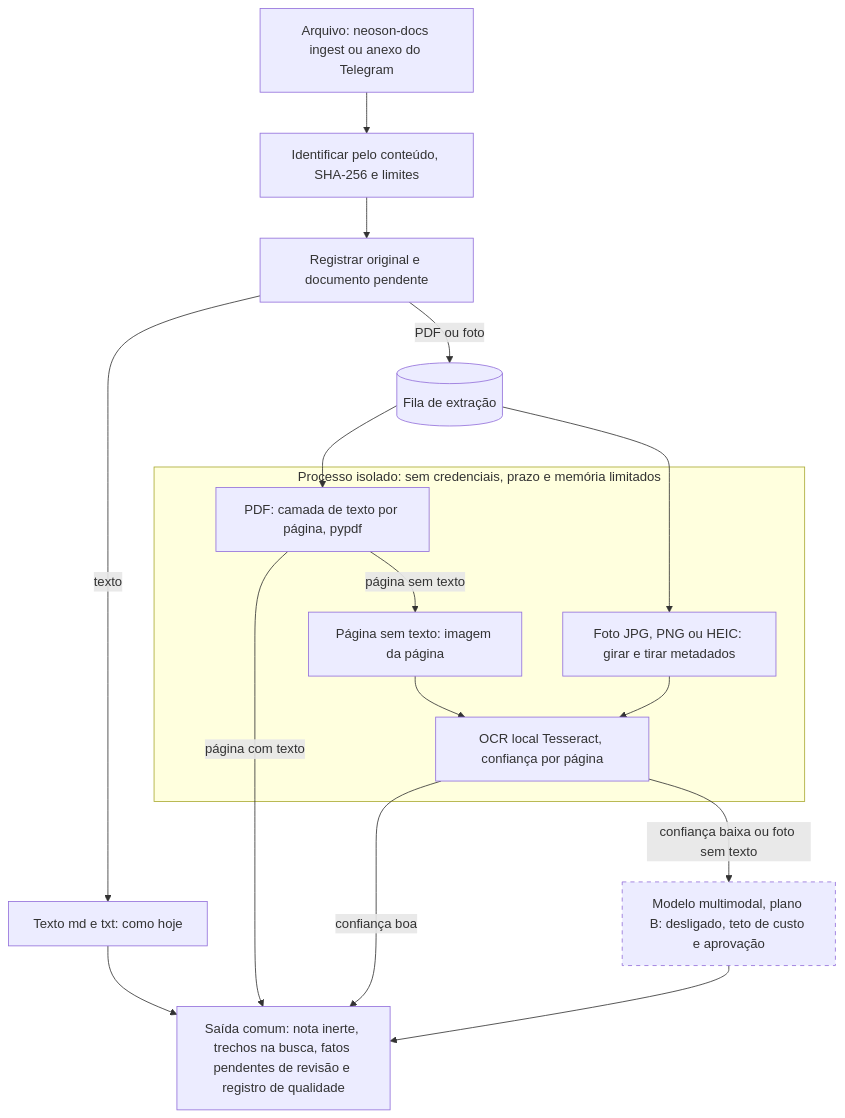
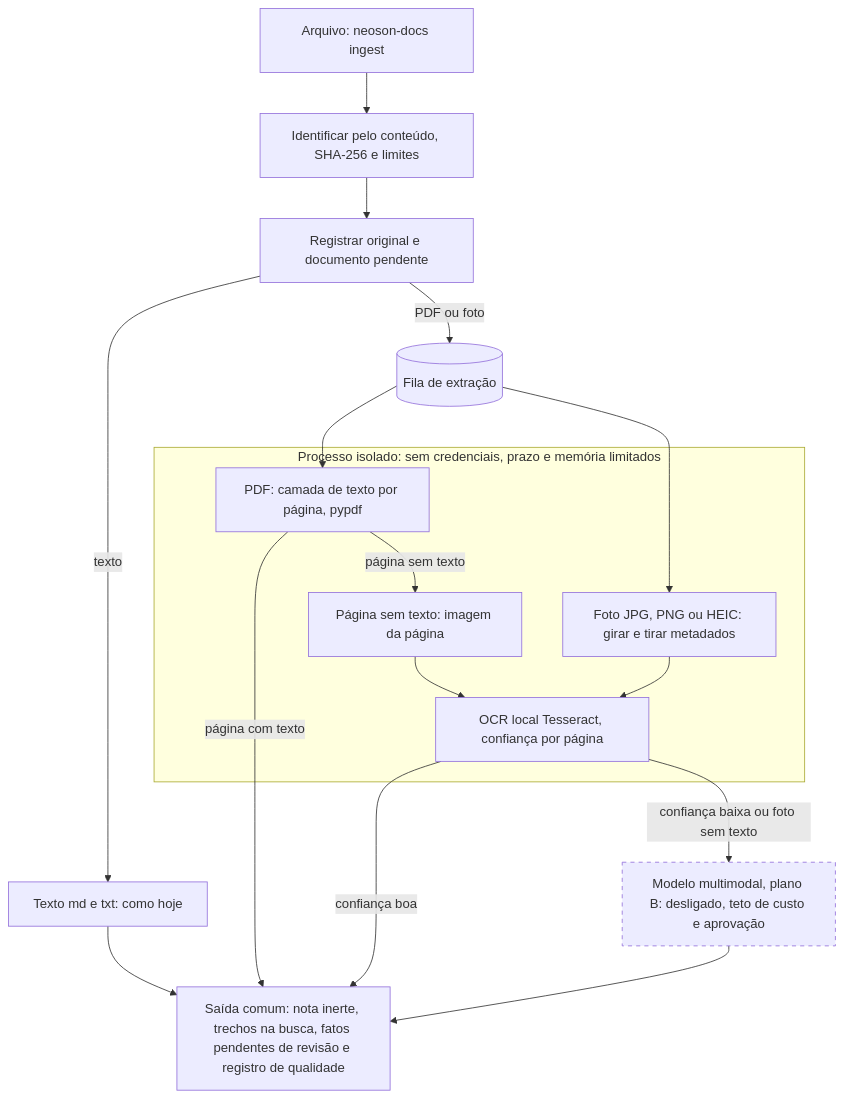
Before and after one commit to mhnasser/neoson: the diagram in docs/architecture/NeoSon_Diagramas_Mermaid_v1.0/D19.mmd, drawn with Mermaid. The commit also changed 32 other files, not shown here.

```diff
--- a/docs/architecture/NeoSon_Diagramas_Mermaid_v1.0/D19.mmd
+++ b/docs/architecture/NeoSon_Diagramas_Mermaid_v1.0/D19.mmd
@@ -1,29 +1,29 @@
 flowchart TD
-    IN[Arquivo: neoson-docs ingest ou anexo do Telegram]
+    IN[Arquivo: neoson-docs ingest]
     ID[Identificar pelo conteúdo, SHA-256 e limites]
     REG[Registrar original e documento pendente]
     TXT[Texto md e txt: como hoje]
     Q[(Fila de extração)]
     PDF[PDF: camada de texto por página, pypdf]
     SCAN[Página sem texto: imagem da página]
     FOTO[Foto JPG, PNG ou HEIC: girar e tirar metadados]
     OCR[OCR local Tesseract, confiança por página]
     MM[Modelo multimodal, plano B: desligado, teto de custo e aprovação]
     OUT[Saída comum: nota inerte, trechos na busca, fatos pendentes de revisão e registro de qualidade]
     IN --> ID --> REG
     REG -->|texto| TXT --> OUT
     REG -->|PDF ou foto| Q
     Q --> PDF
     Q --> FOTO
     PDF -->|página com texto| OUT
     PDF -->|página sem texto| SCAN --> OCR
     FOTO --> OCR
     OCR -->|confiança boa| OUT
     OCR -->|confiança baixa ou foto sem texto| MM --> OUT
     subgraph ISO[Processo isolado: sem credenciais, prazo e memória limitados]
         PDF
         SCAN
         FOTO
         OCR
     end
     style MM stroke-dasharray: 5 5
```
